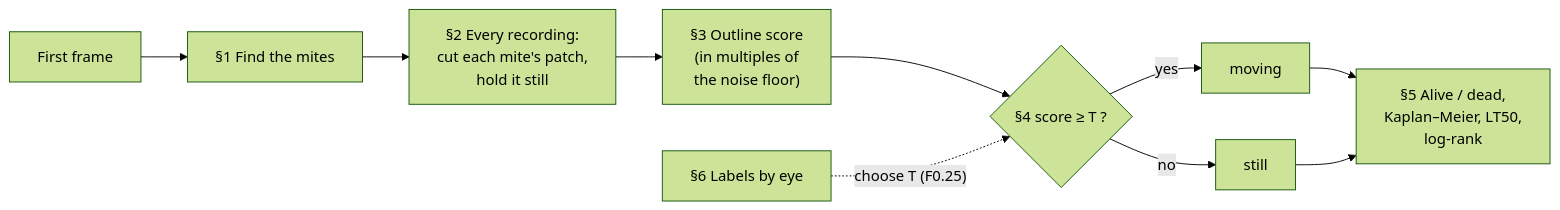
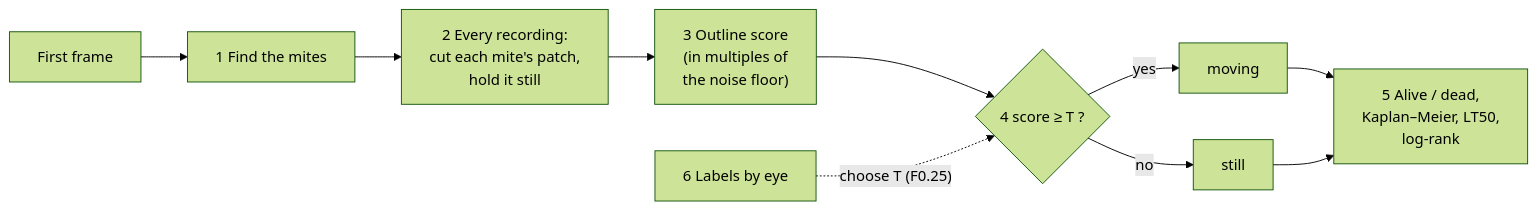
Before and after one commit to Mateo-Schaerer-Gonzalez/Varroa_detector_discobox: the diagram in report/2_how_it_works.md, drawn with Mermaid (forest theme). The commit also changed other lines of this file and 4 other files, not shown here.

````diff
--- a/report/2_how_it_works.md
+++ b/report/2_how_it_works.md
@@ -7,11 +7,11 @@
 ```mermaid
 flowchart LR
-    A["First frame"] --> B["§1 Find the mites"]
-    B --> C["§2 Every recording:<br/>cut each mite's patch,<br/>hold it still"]
-    C --> D["§3 Outline score<br/>(in multiples of<br/>the noise floor)"]
-    D --> E{"§4 score ≥ T ?"}
+    A["First frame"] --> B["1 Find the mites"]
+    B --> C["2 Every recording:<br/>cut each mite's patch,<br/>hold it still"]
+    C --> D["3 Outline score<br/>(in multiples of<br/>the noise floor)"]
+    D --> E{"4 score ≥ T ?"}
     E -- yes --> F["moving"]
     E -- no --> G["still"]
-    F & G --> H["§5 Alive / dead,<br/>Kaplan–Meier, LT50,<br/>log-rank"]
-    I["§6 Labels by eye"] -. "choose T (F0.25)" .-> E
+    F & G --> H["5 Alive / dead,<br/>Kaplan–Meier, LT50,<br/>log-rank"]
+    I["6 Labels by eye"] -. "choose T (F0.25)" .-> E
 ```
````
